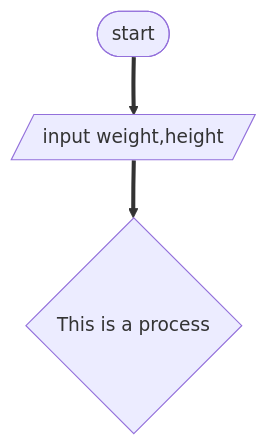
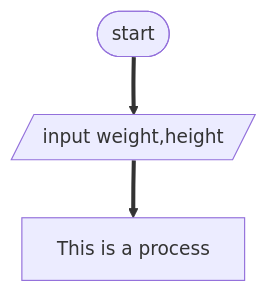
The diagram in ETS0831_Kidus_Tessema/BMI_calculator.md (SWEG-2016EC-Batch/The-5-Bits), drawn with Mermaid before and after one commit.

````diff
--- a/ETS0831_Kidus_Tessema/BMI_calculator.md
+++ b/ETS0831_Kidus_Tessema/BMI_calculator.md
@@ -40,7 +40,8 @@
 ```mermaid
 flowchart TD
 id1([start])
 id1 ==> id2[/input weight,height/]
-id2 ==> id3{"This is a process"}
+id2 ==> A@{ shape: rect, label: "This is a process" }
+
 
 ```
````
